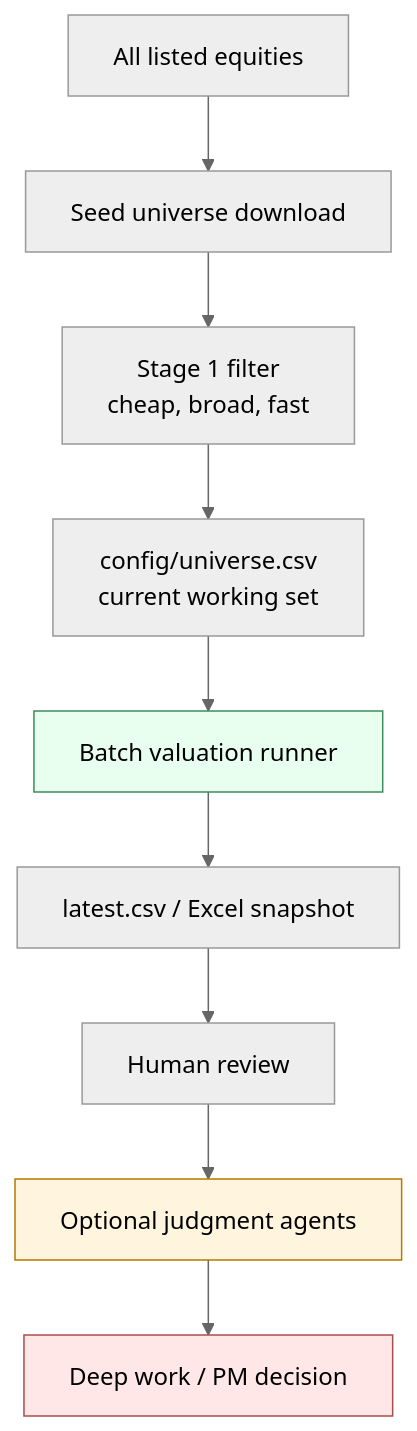
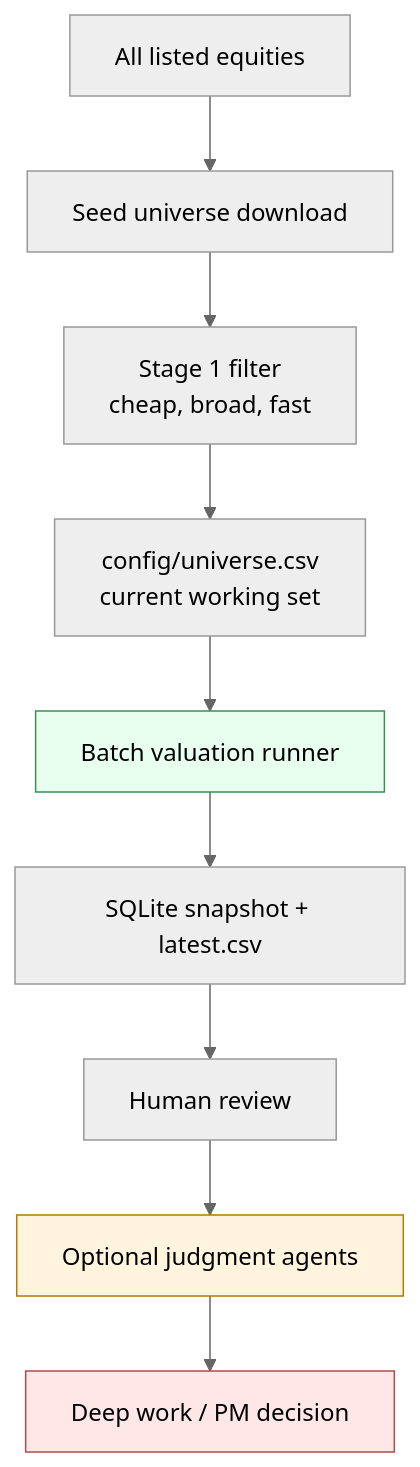
One commit to smrik/ai-fund changed the second of 6 diagrams in docs/design-docs/deterministic-valuation-workflow.md. Above: the diagram before and after it, drawn with Mermaid (neutral theme). The commit also changed other lines of this file and 2 other files, not shown here.

First line of the commit message:
feat: simplify valuation outputs around sqlite and latest csv

````diff
--- a/docs/design-docs/deterministic-valuation-workflow.md
+++ b/docs/design-docs/deterministic-valuation-workflow.md
@@ -54,15 +54,15 @@
 ```mermaid
 flowchart TD
     A["All listed equities"] --> B["Seed universe download"]
     B --> C["Stage 1 filter<br/>cheap, broad, fast"]
     C --> D["config/universe.csv<br/>current working set"]
     D --> E["Batch valuation runner"]
-    E --> F["latest.csv / Excel snapshot"]
+    E --> F["SQLite snapshot + latest.csv"]
     F --> G["Human review"]
     G --> H["Optional judgment agents"]
     H --> I["Deep work / PM decision"]
 
     style E fill:#e8fff0,stroke:#3c8d5a,stroke-width:1px
     style H fill:#fff4dd,stroke:#b37a00,stroke-width:1px
     style I fill:#ffe7e7,stroke:#aa4d4d,stroke-width:1px
 ```
````
